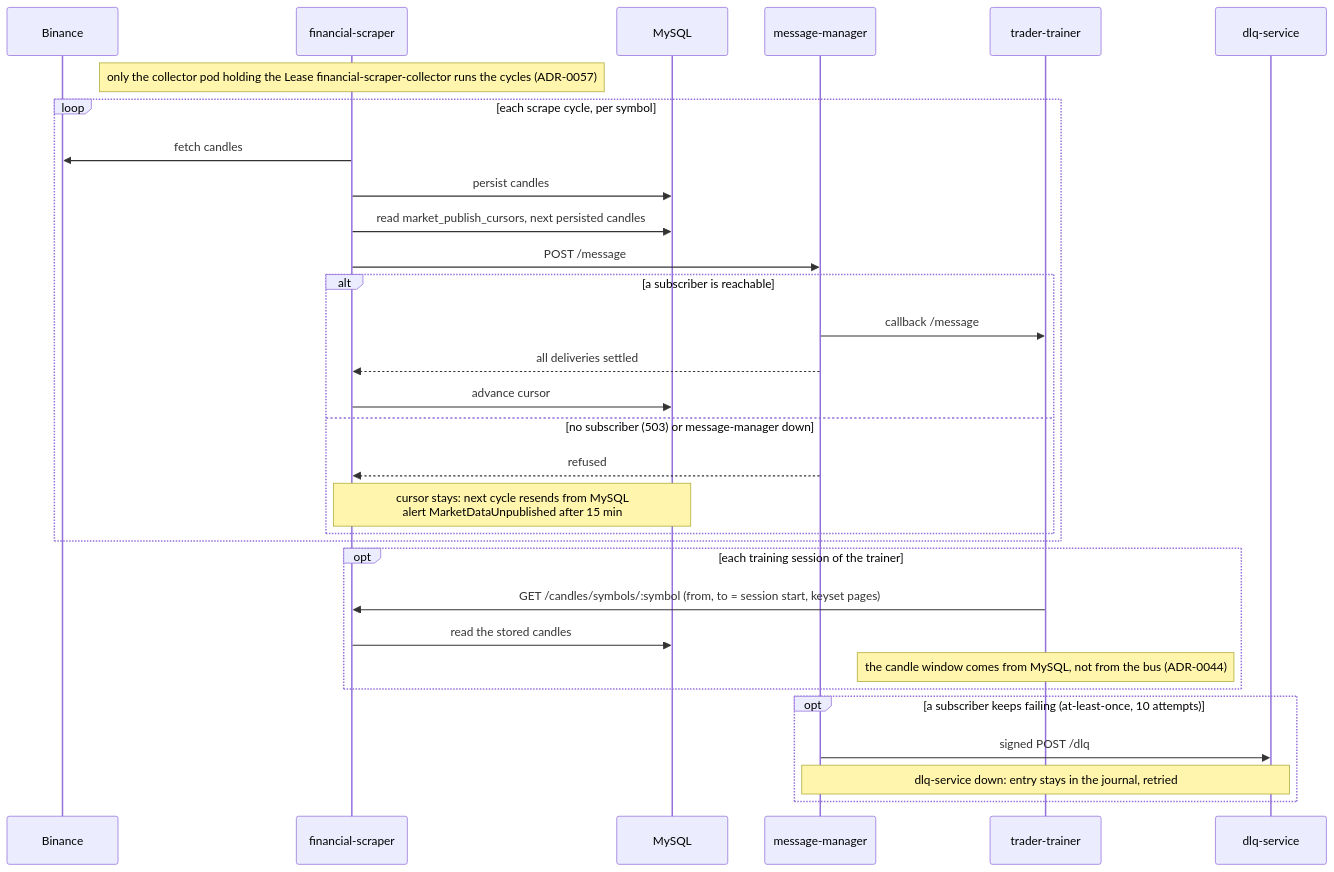
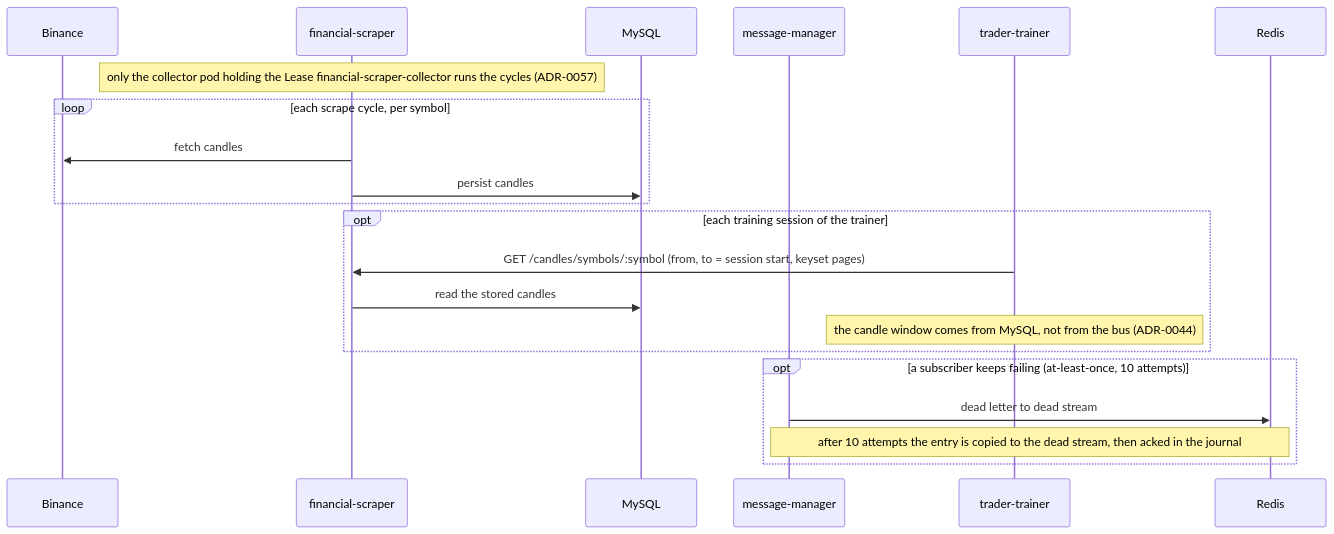
Before and after one commit to docteur-turboss/trading-model: the fourth of 4 diagrams in docs/architecture/system-overview.md, drawn with Mermaid. The commit also changed other lines of this file and 668 other files, not shown here.

````diff
--- a/docs/architecture/system-overview.md
+++ b/docs/architecture/system-overview.md
@@ -107,33 +115,23 @@
 ```mermaid
 sequenceDiagram
   participant B as Binance
   participant FS as financial-scraper
   participant DB as MySQL
   participant MM as message-manager
   participant TT as trader-trainer
-  participant DLQ as dlq-service
+  participant R as Redis
   Note over FS: only the collector pod holding the Lease financial-scraper-collector runs the cycles (ADR-0057)
   loop each scrape cycle, per symbol
     FS->>B: fetch candles
     FS->>DB: persist candles
-    FS->>DB: read market_publish_cursors, next persisted candles
-    FS->>MM: POST /message
-    alt a subscriber is reachable
-      MM->>TT: callback /message
-      MM-->>FS: all deliveries settled
-      FS->>DB: advance cursor
-    else no subscriber (503) or message-manager down
-      MM-->>FS: refused
-      Note over FS,DB: cursor stays: next cycle resends from MySQL<br/>alert MarketDataUnpublished after 15 min
-    end
   end
   opt each training session of the trainer
     TT->>FS: GET /candles/symbols/:symbol (from, to = session start, keyset pages)
     FS->>DB: read the stored candles
     Note over TT: the candle window comes from MySQL, not from the bus (ADR-0044)
   end
   opt a subscriber keeps failing (at-least-once, 10 attempts)
-    MM->>DLQ: signed POST /dlq
-    Note over MM,DLQ: dlq-service down: entry stays in the journal, retried
+    MM->>R: dead letter to dead stream
+    Note over MM,R: after 10 attempts the entry is copied to the dead stream, then acked in the journal
   end
 ```
````
